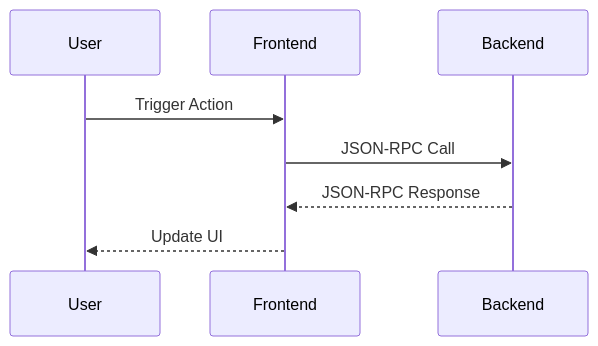
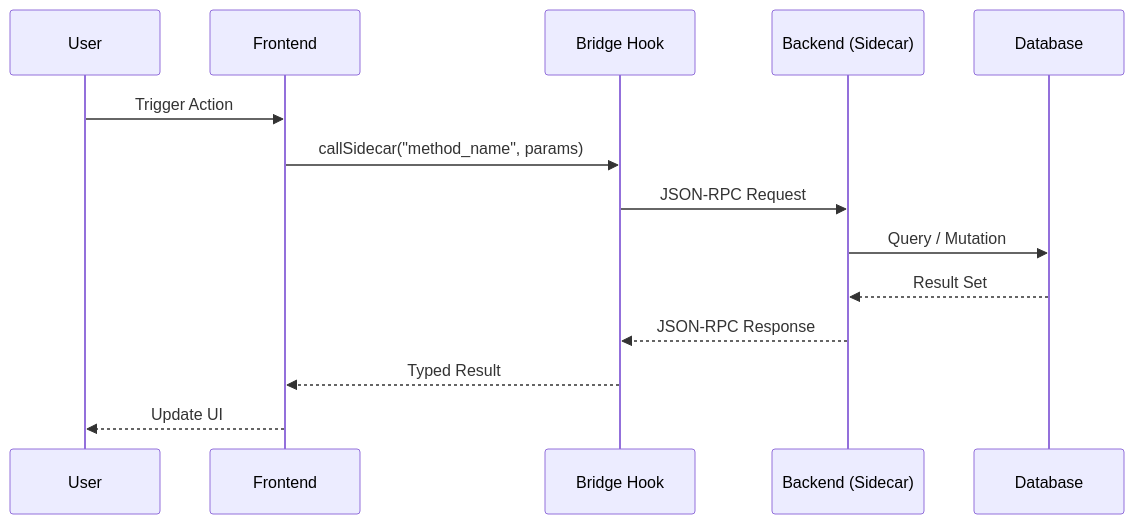
The first of 5 diagrams in docs/architecture/diagrams.md (serguei9090/MasterPrompts), drawn with Mermaid before and after one commit. The commit also changed other lines of this file and 20 other files, not shown here.

Commit message:
feat: initialize architectural documentation framework and project management scripts

````diff
--- a/docs/architecture/diagrams.md
+++ b/docs/architecture/diagrams.md
@@ -5,10 +32,17 @@
 ```mermaid
 sequenceDiagram
     participant User
     participant FE as Frontend
-    participant BE as Backend
+    participant Bridge as Bridge Hook
+    participant BE as Backend (Sidecar)
+    participant DB as Database
+
     User->>FE: Trigger Action
-    FE->>BE: JSON-RPC Call
-    BE-->>FE: JSON-RPC Response
+    FE->>Bridge: callSidecar("method_name", params)
+    Bridge->>BE: JSON-RPC Request
+    BE->>DB: Query / Mutation
+    DB-->>BE: Result Set
+    BE-->>Bridge: JSON-RPC Response
+    Bridge-->>FE: Typed Result
     FE-->>User: Update UI
 ```
````
